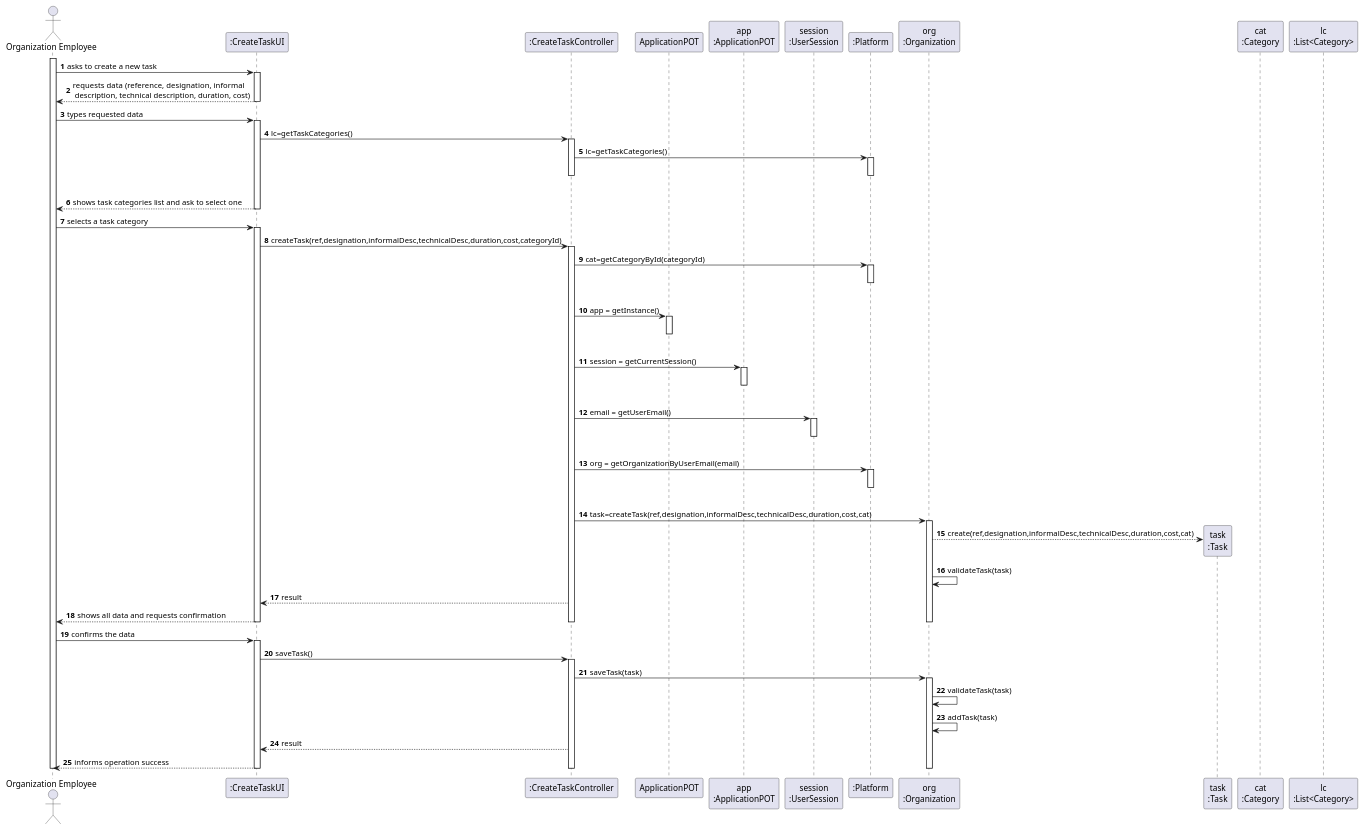
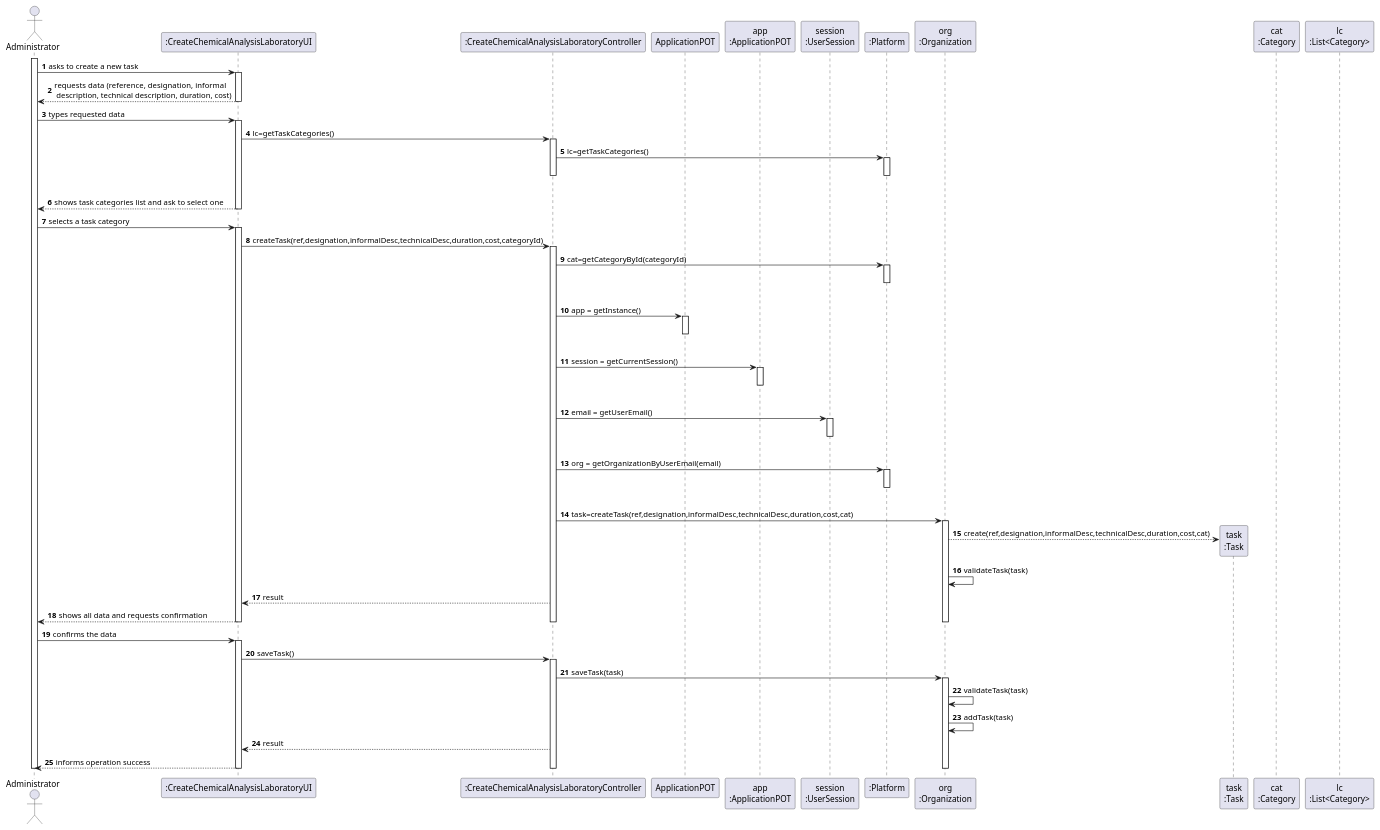
One commit to manu-07-ela/LAPR2_ISEP changed the diagram in docs/SprintB/US08/US08_SD.puml. Above: the diagram before and after it, drawn with PlantUML. The commit also changed 7 other files, not shown here.

```diff
--- a/docs/SprintB/US08/US08_SD.puml
+++ b/docs/SprintB/US08/US08_SD.puml
@@ -1,104 +1,104 @@
 @startuml
 autonumber
 'hide footbox
-actor "Organization Employee" as ADM
+actor "Administrator" as ADM
 
-participant ":CreateTaskUI" as UI
-participant ":CreateTaskController" as CTRL
+participant ":CreateChemicalAnalysisLaboratoryUI" as UI
+participant ":CreateChemicalAnalysisLaboratoryController" as CTRL
 participant "ApplicationPOT" as _APP
 participant "app\n:ApplicationPOT" as APP
 participant "session\n:UserSession" as SESSAO
 participant ":Platform" as PLAT
 participant "org\n:Organization" as ORG
 participant "task\n:Task" as TAREFA
 participant "cat\n:Category" as CAT
 participant "lc\n:List<Category>" as LIST_CAT
 
 activate ADM
 ADM -> UI : asks to create a new task
 activate UI
 UI --> ADM : requests data (reference, designation,  informal \n description, technical description, duration, cost)
 deactivate UI
 
 ADM -> UI : types requested data
 activate UI
 
 UI -> CTRL : lc=getTaskCategories()
 activate CTRL
 
 CTRL -> PLAT : lc=getTaskCategories()
 activate PLAT
 |||
 deactivate PLAT
 deactivate CTRL
 
 UI --> ADM : shows task categories list and ask to select one
 deactivate PLAT
 deactivate UI
 
 ADM -> UI : selects a task category
 activate UI
 
 UI -> CTRL : createTask(ref,designation,informalDesc,technicalDesc,duration,cost,categoryId)
 activate CTRL
 
 CTRL -> PLAT : cat=getCategoryById(categoryId)
 activate PLAT
 |||
 deactivate PLAT
 
 CTRL -> _APP: app = getInstance()
 activate _APP
 |||
 deactivate _APP
 
 CTRL -> APP: session = getCurrentSession()
 activate APP
 |||
 deactivate APP
 
 CTRL -> SESSAO: email = getUserEmail()
 activate SESSAO
 |||
 deactivate SESSAO
 
 CTRL -> PLAT: org = getOrganizationByUserEmail(email)
 activate PLAT
 |||
 deactivate PLAT
 
 CTRL -> ORG: task=createTask(ref,designation,informalDesc,technicalDesc,duration,cost,cat)
 activate ORG
 
 ORG --> TAREFA**: create(ref,designation,informalDesc,technicalDesc,duration,cost,cat)
 ORG -> ORG: validateTask(task)
 
 CTRL --> UI: result
 
 UI --> ADM: shows all data and requests confirmation
 deactivate ORG
 deactivate PLAT
 deactivate CTRL
 deactivate UI
 
 ADM -> UI : confirms the data
 activate UI
 UI -> CTRL : saveTask()
 activate CTRL
 
 CTRL -> ORG : saveTask(task)
 activate ORG
 
 ORG -> ORG: validateTask(task)
 ORG -> ORG: addTask(task)
 
 CTRL --> UI: result
 
 UI --> ADM : informs operation success
 deactivate ORG
 deactivate CTRL
 deactivate UI
 
 deactivate ADM
 
 @enduml
```
